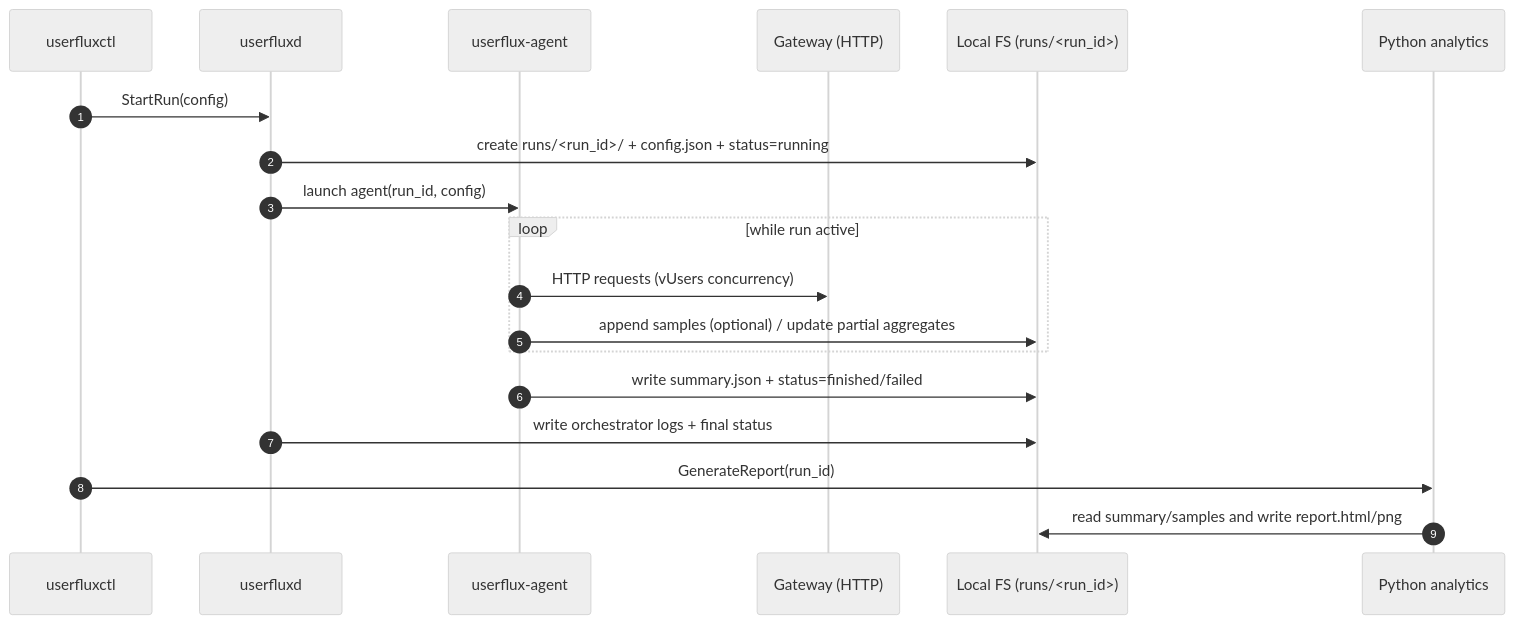
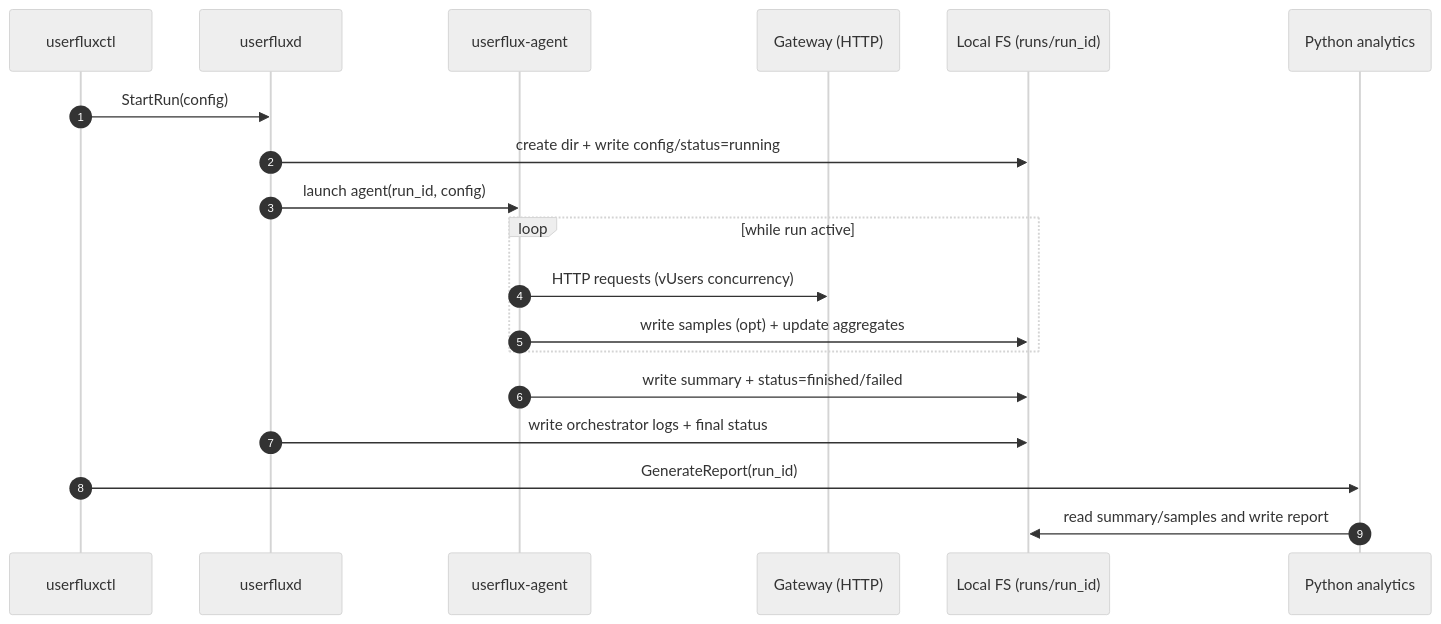
One commit to andro-kes/userflux changed the second of 3 diagrams in docs/architecture.md. Above: the diagram before and after it, drawn with Mermaid (neutral theme). The commit also changed other lines of this file, not shown here.

````diff
--- a/docs/architecture.md
+++ b/docs/architecture.md
@@ -35,22 +35,22 @@
 ```mermaid
 sequenceDiagram
   autonumber
   participant C as userfluxctl
   participant D as userfluxd
   participant A as userflux-agent
   participant G as Gateway (HTTP)
-  participant F as Local FS (runs/<run_id>)
+  participant F as Local FS (runs/run_id)
   participant P as Python analytics
 
   C->>D: StartRun(config)
-  D->>F: create runs/<run_id>/ + config.json + status=running
+  D->>F: create dir + write config/status=running
   D->>A: launch agent(run_id, config)
   loop while run active
     A->>G: HTTP requests (vUsers concurrency)
-    A->>F: append samples (optional) / update partial aggregates
+    A->>F: write samples (opt) + update aggregates
   end
-  A->>F: write summary.json + status=finished/failed
+  A->>F: write summary + status=finished/failed
   D->>F: write orchestrator logs + final status
   C->>P: GenerateReport(run_id)
-  P->>F: read summary/samples and write report.html/png
+  P->>F: read summary/samples and write report
 ```
````
